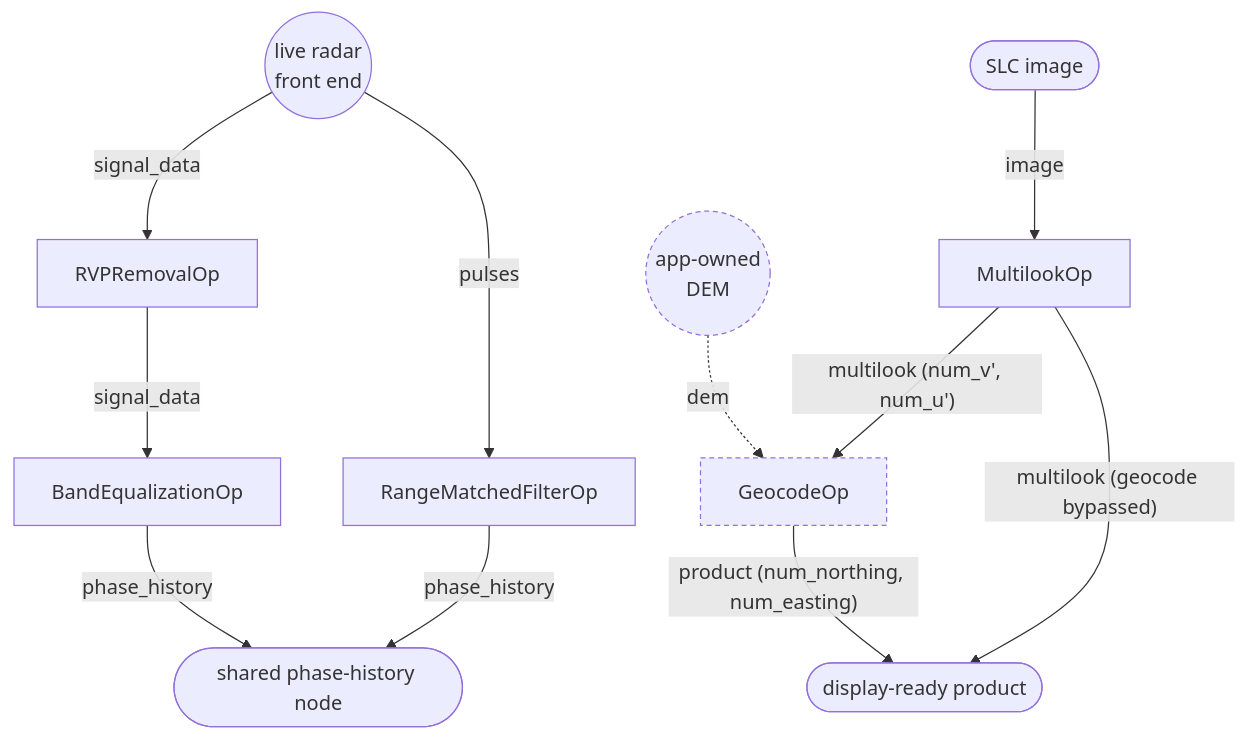
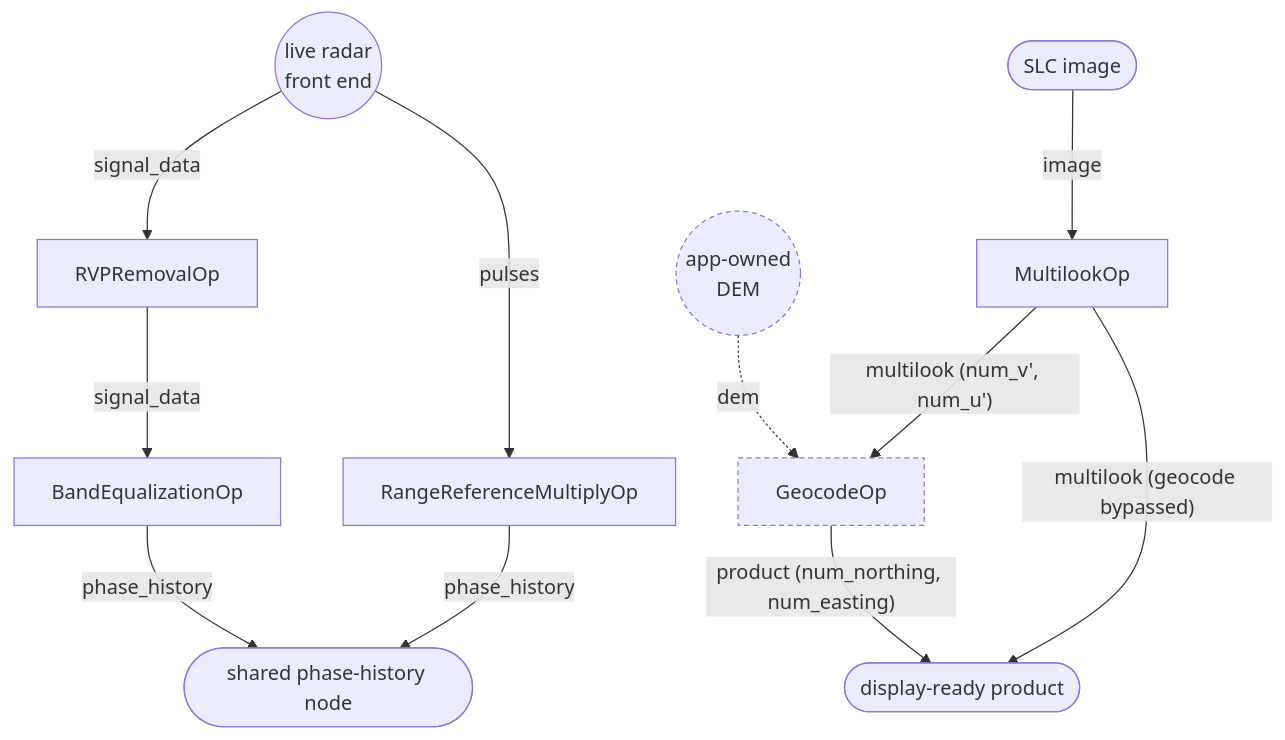
The fourth of 5 diagrams in docs/planning/SAR/WORKFLOWS.md (nvidia-holoscan/holoscan-radar), drawn with Mermaid before and after one commit. The commit also changed other lines of this file and 5 other files, not shown here.

First line of the commit message:
Docs: Rename RangeMatchedFilterOp and sequence SAR by demo

````diff
--- a/docs/planning/SAR/WORKFLOWS.md
+++ b/docs/planning/SAR/WORKFLOWS.md
@@ -423,15 +423,15 @@
 ```mermaid
 flowchart TD
   classDef opt stroke-dasharray:4 3
   LIVE(("live radar<br>front end")) -->|"signal_data"| RVP["RVPRemovalOp"]
-  LIVE -->|"pulses"| RMF["RangeMatchedFilterOp"]
+  LIVE -->|"pulses"| RMF["RangeReferenceMultiplyOp"]
   RVP -->|"signal_data"| BEQ["BandEqualizationOp"]
   BEQ -->|"phase_history"| PH(["shared phase-history node"])
   RMF -->|"phase_history"| PH
   SLC(["SLC image"]) -->|"image"| ML["MultilookOp"]
   ML -->|"multilook (num_v', num_u')"| GC["GeocodeOp"]
   GC -->|"product (num_northing, num_easting)"| DISP(["display-ready product"])
   ML -->|"multilook (geocode bypassed)"| DISP
   DEM(("app-owned<br>DEM")) -.->|"dem"| GC
   class GC,DEM opt
 ```
````
